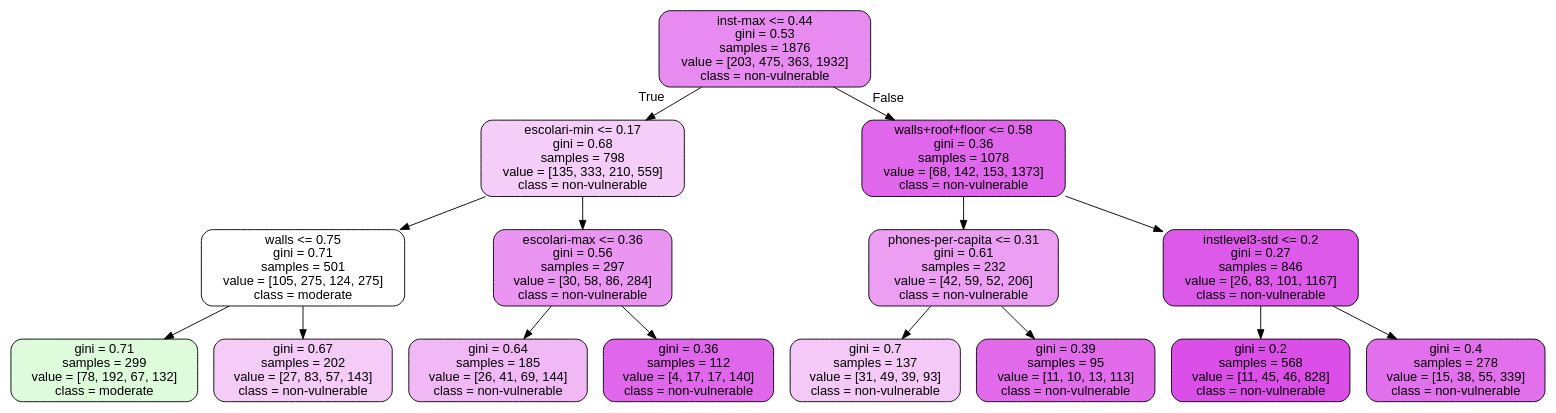
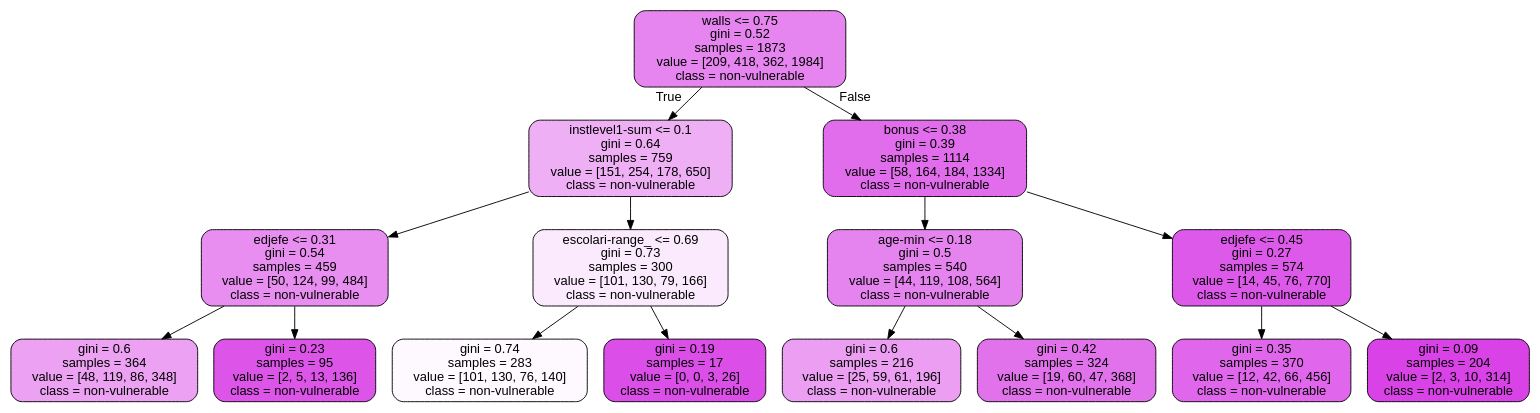
The diagram in costa-rican-poverty/tree_limited.dot (WillKoehrsen/data-science-for-good), drawn with Graphviz before and after one commit. The commit also changed 16 other files, not shown here.

```diff
--- a/costa-rican-poverty/tree_limited.dot
+++ b/costa-rican-poverty/tree_limited.dot
@@ -1,33 +1,33 @@
 digraph Tree {
 node [shape=box, style="filled, rounded", color="black", fontname=helvetica] ;
 edge [fontname=helvetica] ;
-0 [label="inst-max <= 0.44\ngini = 0.53\nsamples = 1876\nvalue = [203, 475, 363, 1932]\nclass = non-vulnerable", fillcolor="#d739e595"] ;
-1 [label="escolari-min <= 0.17\ngini = 0.68\nsamples = 798\nvalue = [135, 333, 210, 559]\nclass = non-vulnerable", fillcolor="#d739e540"] ;
+0 [label="walls <= 0.75\ngini = 0.52\nsamples = 1873\nvalue = [209, 418, 362, 1984]\nclass = non-vulnerable", fillcolor="#d739e59c"] ;
+1 [label="instlevel1-sum <= 0.1\ngini = 0.64\nsamples = 759\nvalue = [151, 254, 178, 650]\nclass = non-vulnerable", fillcolor="#d739e567"] ;
 0 -> 1 [labeldistance=2.5, labelangle=45, headlabel="True"] ;
-2 [label="walls <= 0.75\ngini = 0.71\nsamples = 501\nvalue = [105, 275, 124, 275]\nclass = moderate", fillcolor="#47e53900"] ;
+2 [label="edjefe <= 0.31\ngini = 0.54\nsamples = 459\nvalue = [50, 124, 99, 484]\nclass = non-vulnerable", fillcolor="#d739e591"] ;
 1 -> 2 ;
-3 [label="gini = 0.71\nsamples = 299\nvalue = [78, 192, 67, 132]\nclass = moderate", fillcolor="#47e5392d"] ;
+3 [label="gini = 0.6\nsamples = 364\nvalue = [48, 119, 86, 348]\nclass = non-vulnerable", fillcolor="#d739e579"] ;
 2 -> 3 ;
-4 [label="gini = 0.67\nsamples = 202\nvalue = [27, 83, 57, 143]\nclass = non-vulnerable", fillcolor="#d739e543"] ;
+4 [label="gini = 0.23\nsamples = 95\nvalue = [2, 5, 13, 136]\nclass = non-vulnerable", fillcolor="#d739e5db"] ;
 2 -> 4 ;
-5 [label="escolari-max <= 0.36\ngini = 0.56\nsamples = 297\nvalue = [30, 58, 86, 284]\nclass = non-vulnerable", fillcolor="#d739e588"] ;
+5 [label="escolari-range_ <= 0.69\ngini = 0.73\nsamples = 300\nvalue = [101, 130, 79, 166]\nclass = non-vulnerable", fillcolor="#d739e51b"] ;
 1 -> 5 ;
-6 [label="gini = 0.64\nsamples = 185\nvalue = [26, 41, 69, 144]\nclass = non-vulnerable", fillcolor="#d739e55b"] ;
+6 [label="gini = 0.74\nsamples = 283\nvalue = [101, 130, 76, 140]\nclass = non-vulnerable", fillcolor="#d739e508"] ;
 5 -> 6 ;
-7 [label="gini = 0.36\nsamples = 112\nvalue = [4, 17, 17, 140]\nclass = non-vulnerable", fillcolor="#d739e5c3"] ;
+7 [label="gini = 0.19\nsamples = 17\nvalue = [0, 0, 3, 26]\nclass = non-vulnerable", fillcolor="#d739e5e2"] ;
 5 -> 7 ;
-8 [label="walls+roof+floor <= 0.58\ngini = 0.36\nsamples = 1078\nvalue = [68, 142, 153, 1373]\nclass = non-vulnerable", fillcolor="#d739e5c5"] ;
+8 [label="bonus <= 0.38\ngini = 0.39\nsamples = 1114\nvalue = [58, 164, 184, 1334]\nclass = non-vulnerable", fillcolor="#d739e5bc"] ;
 0 -> 8 [labeldistance=2.5, labelangle=-45, headlabel="False"] ;
-9 [label="phones-per-capita <= 0.31\ngini = 0.61\nsamples = 232\nvalue = [42, 59, 52, 206]\nclass = non-vulnerable", fillcolor="#d739e57d"] ;
+9 [label="age-min <= 0.18\ngini = 0.5\nsamples = 540\nvalue = [44, 119, 108, 564]\nclass = non-vulnerable", fillcolor="#d739e59e"] ;
 8 -> 9 ;
-10 [label="gini = 0.7\nsamples = 137\nvalue = [31, 49, 39, 93]\nclass = non-vulnerable", fillcolor="#d739e545"] ;
+10 [label="gini = 0.6\nsamples = 216\nvalue = [25, 59, 61, 196]\nclass = non-vulnerable", fillcolor="#d739e57b"] ;
 9 -> 10 ;
-11 [label="gini = 0.39\nsamples = 95\nvalue = [11, 10, 13, 113]\nclass = non-vulnerable", fillcolor="#d739e5be"] ;
+11 [label="gini = 0.42\nsamples = 324\nvalue = [19, 60, 47, 368]\nclass = non-vulnerable", fillcolor="#d739e5b5"] ;
 9 -> 11 ;
-12 [label="instlevel3-std <= 0.2\ngini = 0.27\nsamples = 846\nvalue = [26, 83, 101, 1167]\nclass = non-vulnerable", fillcolor="#d739e5d5"] ;
+12 [label="edjefe <= 0.45\ngini = 0.27\nsamples = 574\nvalue = [14, 45, 76, 770]\nclass = non-vulnerable", fillcolor="#d739e5d5"] ;
 8 -> 12 ;
-13 [label="gini = 0.2\nsamples = 568\nvalue = [11, 45, 46, 828]\nclass = non-vulnerable", fillcolor="#d739e5e2"] ;
+13 [label="gini = 0.35\nsamples = 370\nvalue = [12, 42, 66, 456]\nclass = non-vulnerable", fillcolor="#d739e5c3"] ;
 12 -> 13 ;
-14 [label="gini = 0.4\nsamples = 278\nvalue = [15, 38, 55, 339]\nclass = non-vulnerable", fillcolor="#d739e5b9"] ;
+14 [label="gini = 0.09\nsamples = 204\nvalue = [2, 3, 10, 314]\nclass = non-vulnerable", fillcolor="#d739e5f3"] ;
 12 -> 14 ;
 }
```
